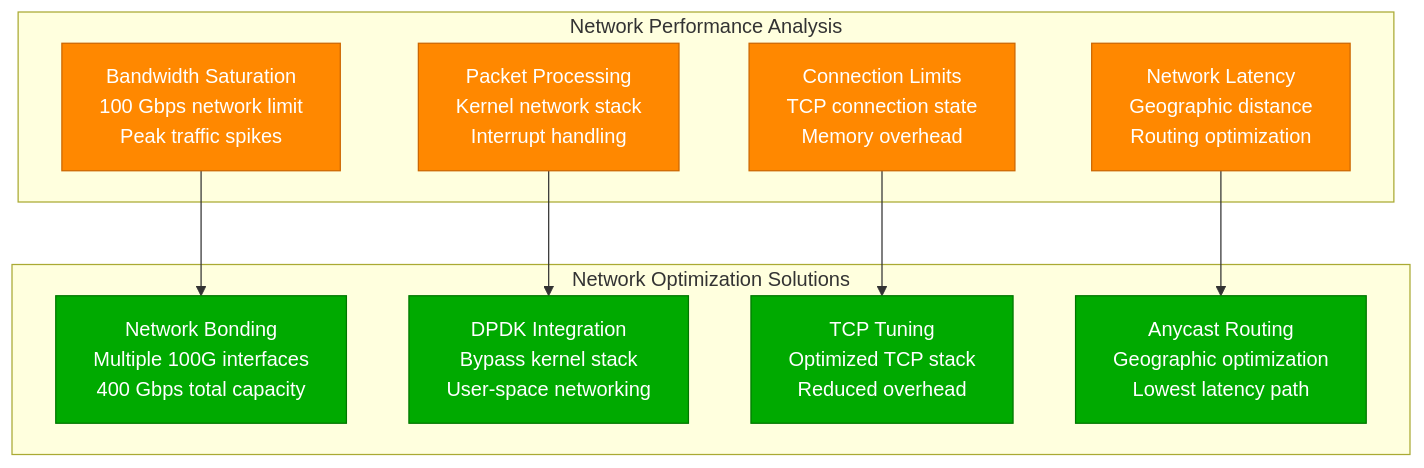
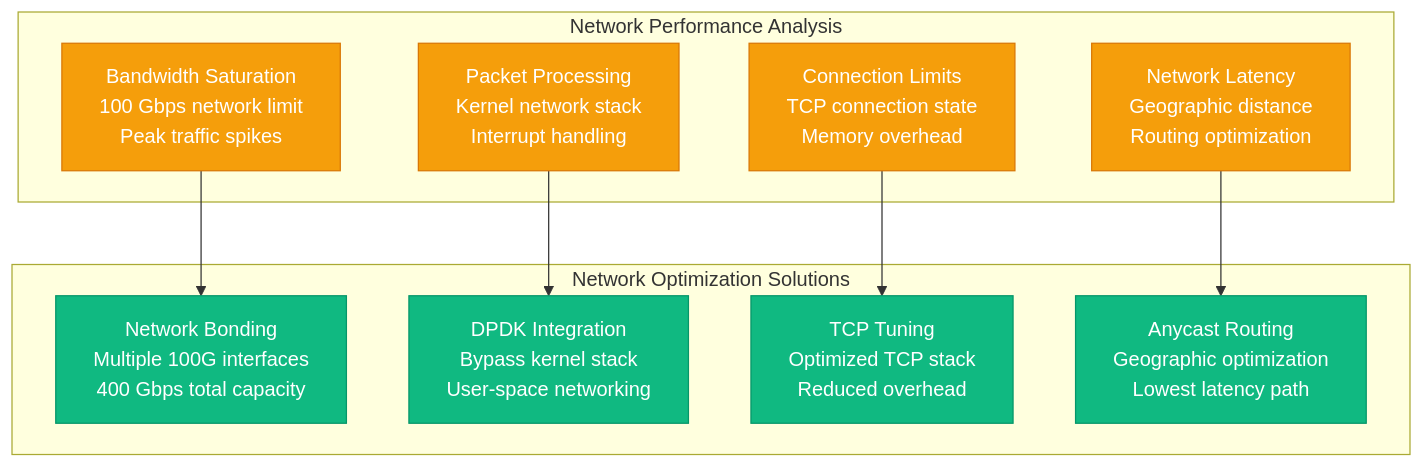
Before and after one commit to deepaucksharma/DS: the third of 3 diagrams in site/docs/performance/nginx-10m-rps-performance.md, drawn with Mermaid. The commit also changed other lines of this file and 187 other files, not shown here.

````diff
--- a/site/docs/performance/nginx-10m-rps-performance.md
+++ b/site/docs/performance/nginx-10m-rps-performance.md
@@ -171,27 +171,27 @@
 ```mermaid
 graph TB
     subgraph NetworkBottlenecks[Network Performance Analysis]
         BANDWIDTH[Bandwidth Saturation<br/>100 Gbps network limit<br/>Peak traffic spikes]
         PACKETS[Packet Processing<br/>Kernel network stack<br/>Interrupt handling]
         CONNECTIONS[Connection Limits<br/>TCP connection state<br/>Memory overhead]
         LATENCY[Network Latency<br/>Geographic distance<br/>Routing optimization]
     end
 
     subgraph Solutions[Network Optimization Solutions]
         BONDING[Network Bonding<br/>Multiple 100G interfaces<br/>400 Gbps total capacity]
         DPDK[DPDK Integration<br/>Bypass kernel stack<br/>User-space networking]
         TUNING[TCP Tuning<br/>Optimized TCP stack<br/>Reduced overhead]
         ANYCAST[Anycast Routing<br/>Geographic optimization<br/>Lowest latency path]
     end
 
     BANDWIDTH --> BONDING
     PACKETS --> DPDK
     CONNECTIONS --> TUNING
     LATENCY --> ANYCAST
 
-    classDef bottleneckStyle fill:#FF8800,stroke:#CC6600,color:#fff
-    classDef solutionStyle fill:#00AA00,stroke:#007700,color:#fff
+    classDef bottleneckStyle fill:#F59E0B,stroke:#D97706,color:#fff
+    classDef solutionStyle fill:#10B981,stroke:#059669,color:#fff
 
     class BANDWIDTH,PACKETS,CONNECTIONS,LATENCY bottleneckStyle
     class BONDING,DPDK,TUNING,ANYCAST solutionStyle
 ```
````
